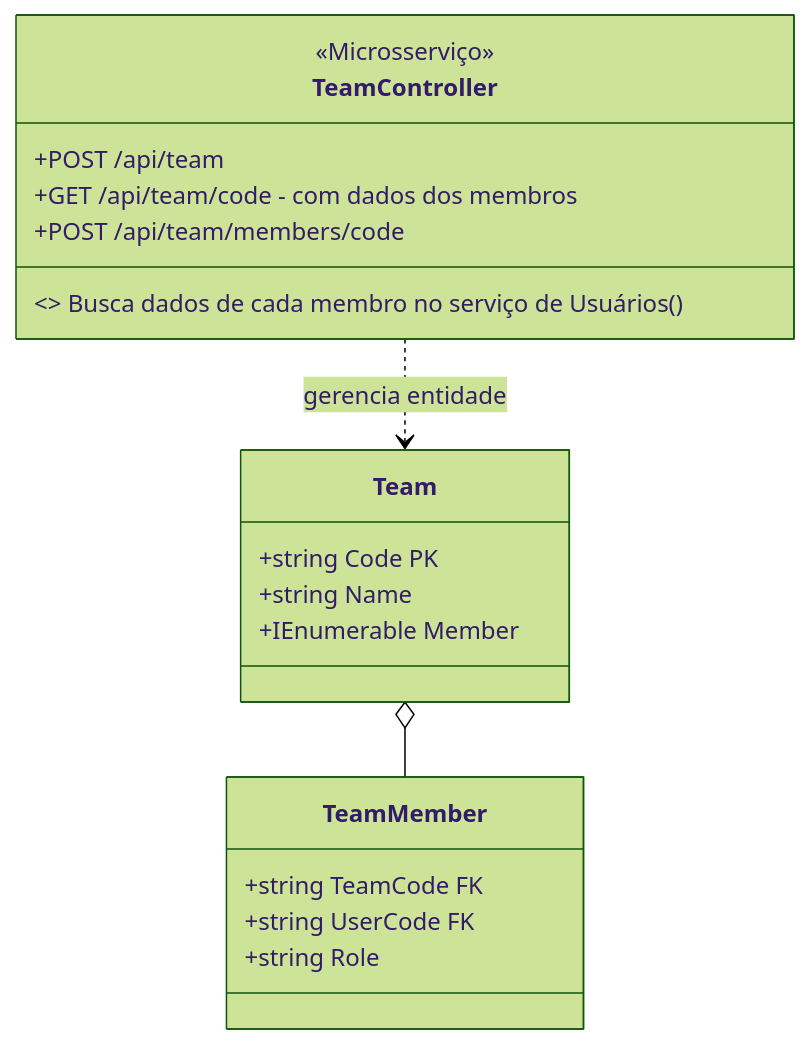
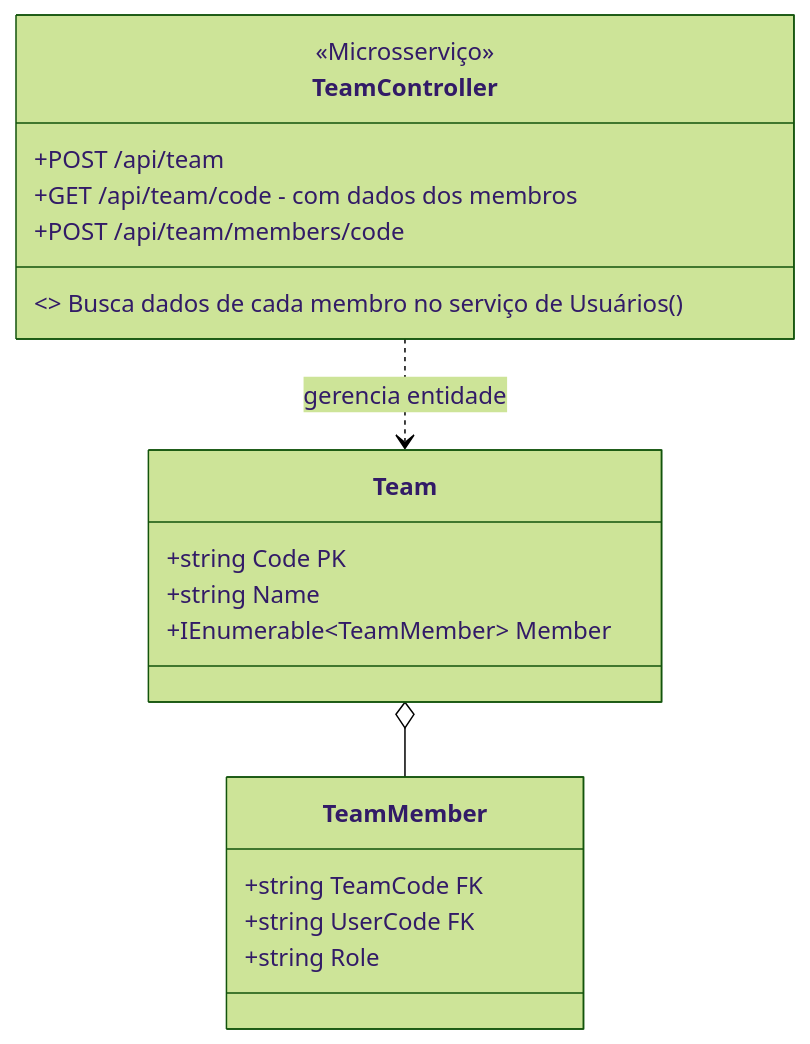
The third of 7 diagrams in README.md (thales-vaz-sousa/Branchstorm), drawn with Mermaid (forest theme) before and after one commit. The commit also changed other lines of this file, not shown here.

First line of the commit message:
Fix team member names and update flowchart link

````diff
--- a/README.md
+++ b/README.md
@@ -104,26 +104,26 @@
 ```mermaid
 classDiagram
     class TeamController {
         <<Microsserviço>>
         +POST /api/team
         +GET /api/team/code - com dados dos membros
         +POST /api/team/members/code
 
         <> Busca dados de cada membro no serviço de Usuários ()
     }
 
     class Team {
         +string Code PK
         +string Name
-        +IEnumerable<TeamMember> Member
+        +IEnumerable~TeamMember~ Member
     }
 
     class TeamMember {
         +string TeamCode FK
         +string UserCode FK
         +string Role
     }
 
     TeamController ..> Team : gerencia entidade
     Team o-- TeamMember : 
 ```
````
